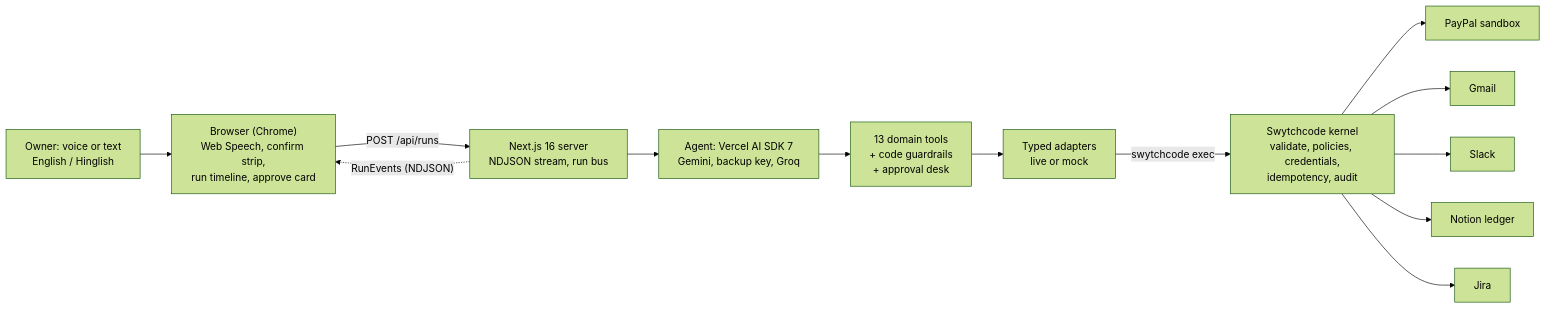
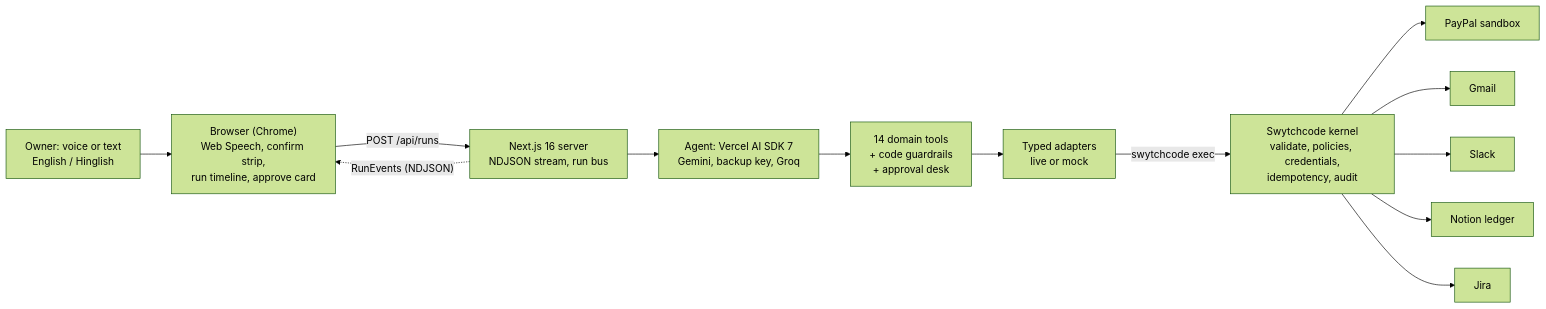
The diagram in README.md (jatinvats123/Bahi), drawn with Mermaid (forest theme) before and after one commit. The commit also changed other lines of this file and 13 other files, not shown here.

````diff
--- a/README.md
+++ b/README.md
@@ -40,15 +41,15 @@
 ```mermaid
 flowchart LR
   O["Owner: voice or text<br/>English / Hinglish"] --> B["Browser (Chrome)<br/>Web Speech, confirm strip,<br/>run timeline, approve card"]
   B -- "POST /api/runs" --> R["Next.js 16 server<br/>NDJSON stream, run bus"]
   R --> A["Agent: Vercel AI SDK 7<br/>Gemini, backup key, Groq"]
-  A --> T["13 domain tools<br/>+ code guardrails<br/>+ approval desk"]
+  A --> T["14 domain tools<br/>+ code guardrails<br/>+ approval desk"]
   T --> AD["Typed adapters<br/>live or mock"]
   AD -- "swytchcode exec" --> S["Swytchcode kernel<br/>validate, policies, credentials,<br/>idempotency, audit"]
   S --> P["PayPal sandbox"]
   S --> G["Gmail"]
   S --> SL["Slack"]
   S --> N["Notion ledger"]
   S --> J["Jira"]
   R -. "RunEvents (NDJSON)" .-> B
 ```
````
